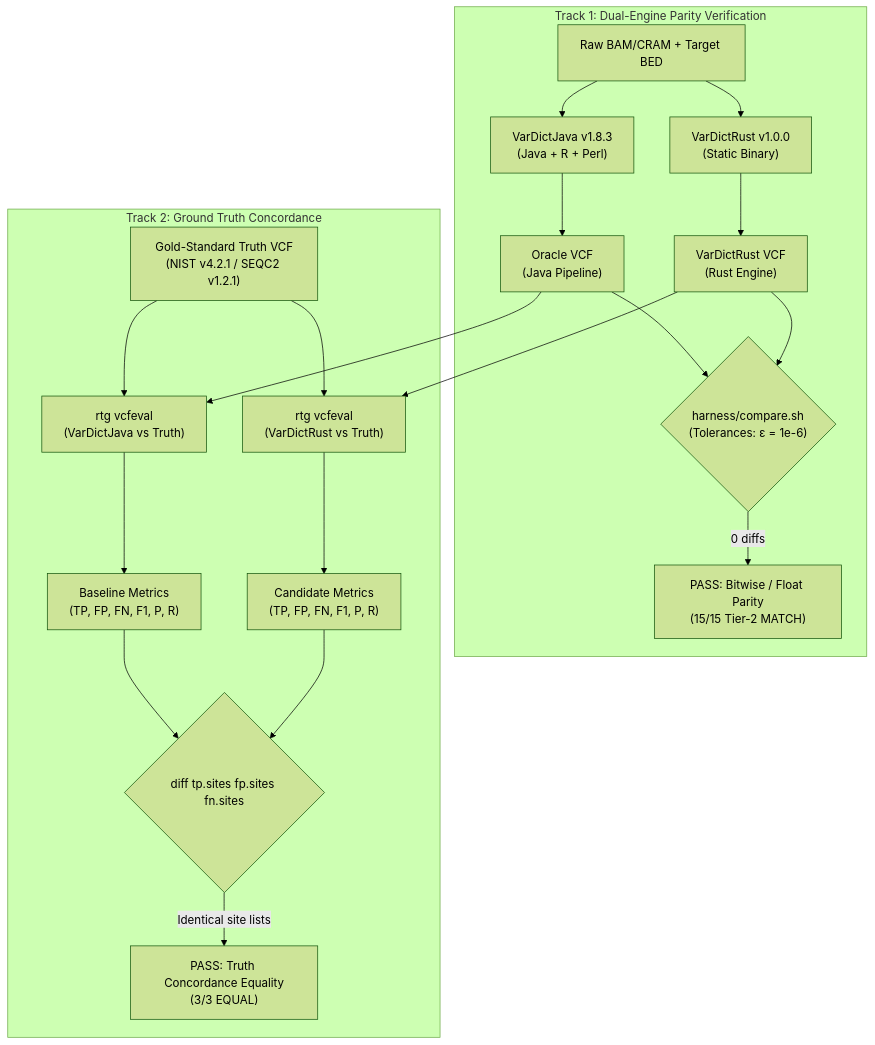
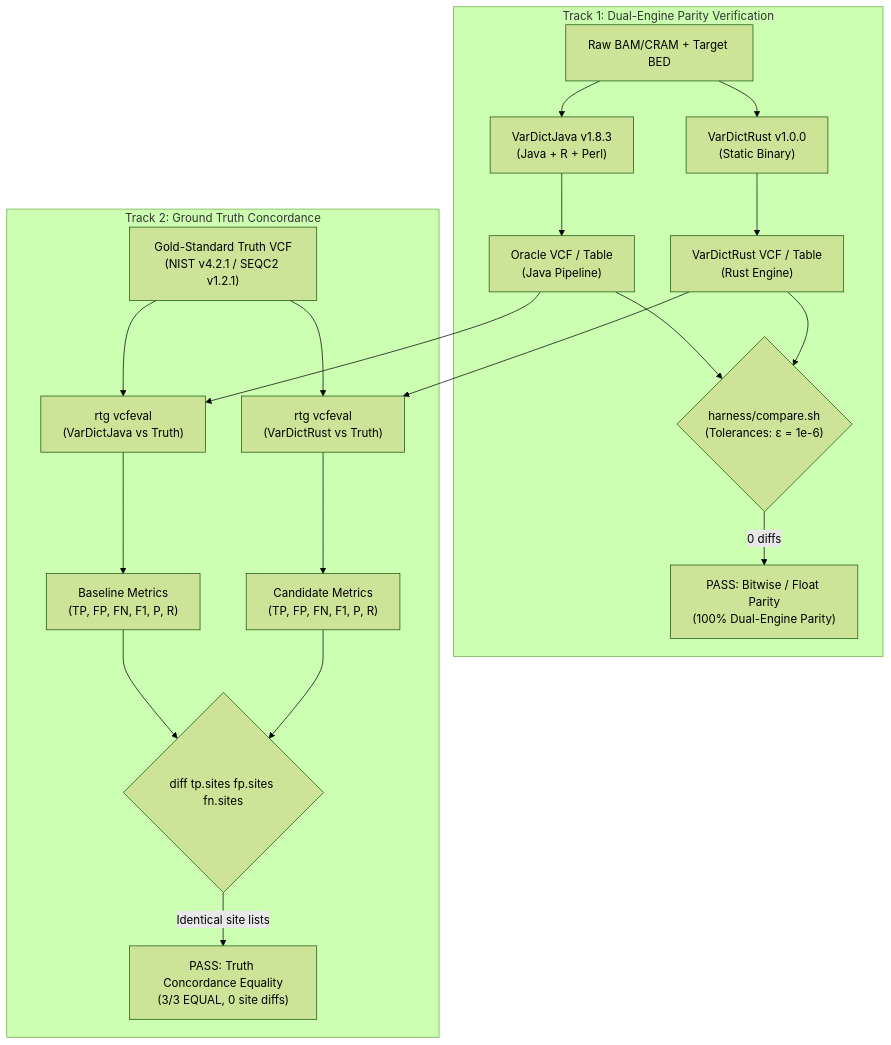
The diagram in docs/validation/giab-seqc2-validation.md (palakpsheth/VarDictRust), drawn with Mermaid (forest theme) before and after one commit. The commit also changed other lines of this file and 2 other files, not shown here.

````diff
--- a/docs/validation/giab-seqc2-validation.md
+++ b/docs/validation/giab-seqc2-validation.md
@@ -32,24 +49,24 @@
 ```mermaid
 flowchart TD
     subgraph Track1 ["Track 1: Dual-Engine Parity Verification"]
         D1["Raw BAM/CRAM + Target BED"] --> VDJ["VarDictJava v1.8.3\n(Java + R + Perl)"]
         D1 --> VDR["VarDictRust v1.0.0\n(Static Binary)"]
-        VDJ --> VCF_J["Oracle VCF\n(Java Pipeline)"]
-        VDR --> VCF_R["VarDictRust VCF\n(Rust Engine)"]
+        VDJ --> VCF_J["Oracle VCF / Table\n(Java Pipeline)"]
+        VDR --> VCF_R["VarDictRust VCF / Table\n(Rust Engine)"]
         VCF_J --> CMP{"harness/compare.sh\n(Tolerances: ε = 1e-6)"}
         VCF_R --> CMP
-        CMP -->|0 diffs| MATCH["PASS: Bitwise / Float Parity\n(15/15 Tier-2 MATCH)"]
+        CMP -->|0 diffs| MATCH["PASS: Bitwise / Float Parity\n(100% Dual-Engine Parity)"]
     end
 
     subgraph Track2 ["Track 2: Ground Truth Concordance"]
         VCF_J --> RTG1["rtg vcfeval\n(VarDictJava vs Truth)"]
         VCF_R --> RTG2["rtg vcfeval\n(VarDictRust vs Truth)"]
         TRUTH["Gold-Standard Truth VCF\n(NIST v4.2.1 / SEQC2 v1.2.1)"] --> RTG1
         TRUTH --> RTG2
         RTG1 --> MET_J["Baseline Metrics\n(TP, FP, FN, F1, P, R)"]
         RTG2 --> MET_R["Candidate Metrics\n(TP, FP, FN, F1, P, R)"]
         MET_J --> DIFF{"diff tp.sites fp.sites fn.sites"}
         MET_R --> DIFF
-        DIFF -->|Identical site lists| EQUAL["PASS: Truth Concordance Equality\n(3/3 EQUAL)"]
+        DIFF -->|Identical site lists| EQUAL["PASS: Truth Concordance Equality\n(3/3 EQUAL, 0 site diffs)"]
     end
 ```
````
